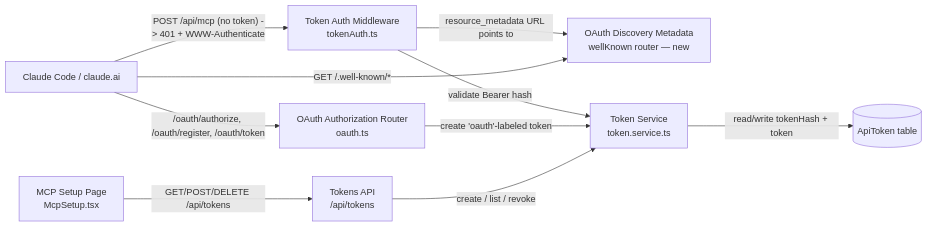
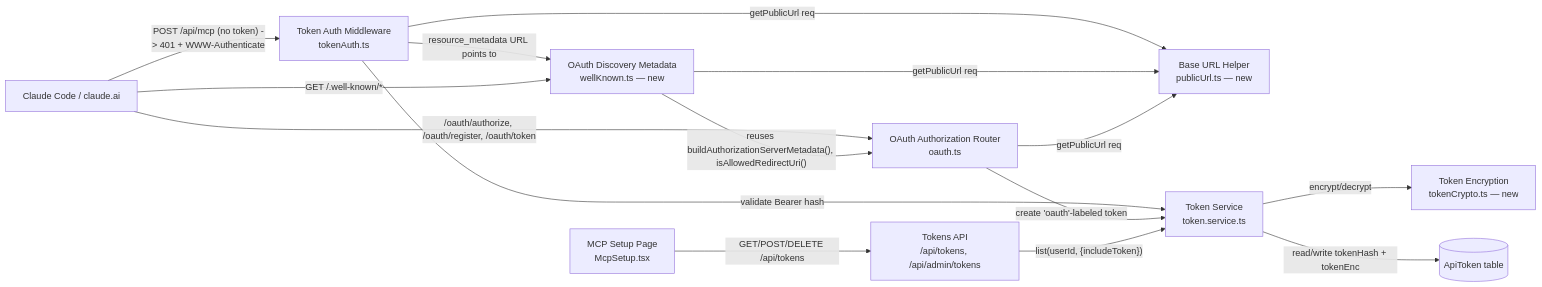
One commit to league-infrastructure/inventory changed the first of 2 diagrams in clasi/sprints/007-mcp-oauth-discovery-compliance-and-full-token-display/sprint.md. Above: the diagram before and after it, drawn with Mermaid. The commit also changed other lines of this file, not shown here.

First line of the commit message:
docs(007): architecture revision — encrypted token storage, shared publicUrl helper

````diff
--- a/clasi/sprints/007-mcp-oauth-discovery-compliance-and-full-token-display/sprint.md
+++ b/clasi/sprints/007-mcp-oauth-discovery-compliance-and-full-token-display/sprint.md
@@ -181,21 +233,28 @@
 ```mermaid
 flowchart LR
     Client[Claude Code / claude.ai]
     TokenAuth[Token Auth Middleware\ntokenAuth.ts]
-    WellKnown[OAuth Discovery Metadata\nwellKnown router — new]
+    WellKnown[OAuth Discovery Metadata\nwellKnown.ts — new]
     OAuthRouter[OAuth Authorization Router\noauth.ts]
+    PublicUrl[Base URL Helper\npublicUrl.ts — new]
     TokenService[Token Service\ntoken.service.ts]
-    TokensAPI[Tokens API\n/api/tokens]
+    TokenCrypto[Token Encryption\ntokenCrypto.ts — new]
+    TokensAPI[Tokens API\n/api/tokens, /api/admin/tokens]
     ApiTokenTable[(ApiToken table)]
     McpSetup[MCP Setup Page\nMcpSetup.tsx]
 
     Client -->|"POST /api/mcp (no token) -> 401 + WWW-Authenticate"| TokenAuth
     TokenAuth -->|resource_metadata URL points to| WellKnown
     Client -->|"GET /.well-known/*"| WellKnown
     Client -->|"/oauth/authorize, /oauth/register, /oauth/token"| OAuthRouter
+    WellKnown -->|"reuses buildAuthorizationServerMetadata(), isAllowedRedirectUri()"| OAuthRouter
+    TokenAuth -->|getPublicUrl req| PublicUrl
+    WellKnown -->|getPublicUrl req| PublicUrl
+    OAuthRouter -->|getPublicUrl req| PublicUrl
     TokenAuth -->|validate Bearer hash| TokenService
     OAuthRouter -->|create 'oauth'-labeled token| TokenService
-    TokensAPI -->|create / list / revoke| TokenService
-    TokenService -->|read/write tokenHash + token| ApiTokenTable
+    TokensAPI -->|"list(userId, {includeToken})"| TokenService
+    TokenService -->|encrypt/decrypt| TokenCrypto
+    TokenService -->|read/write tokenHash + tokenEnc| ApiTokenTable
     McpSetup -->|"GET/POST/DELETE /api/tokens"| TokensAPI
 ```
````
